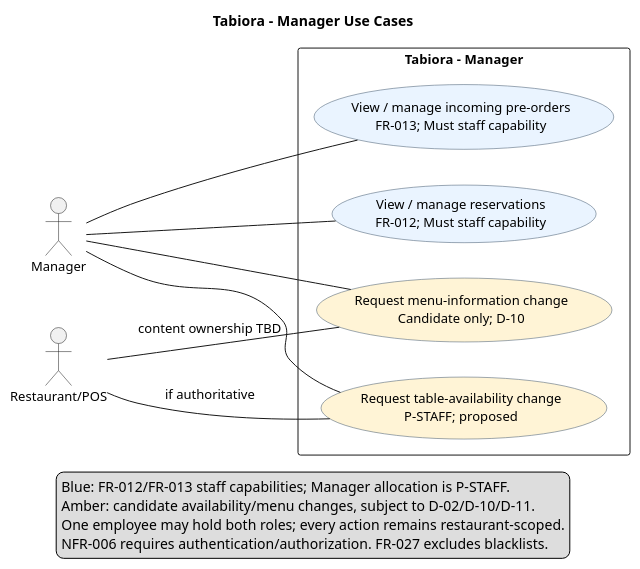
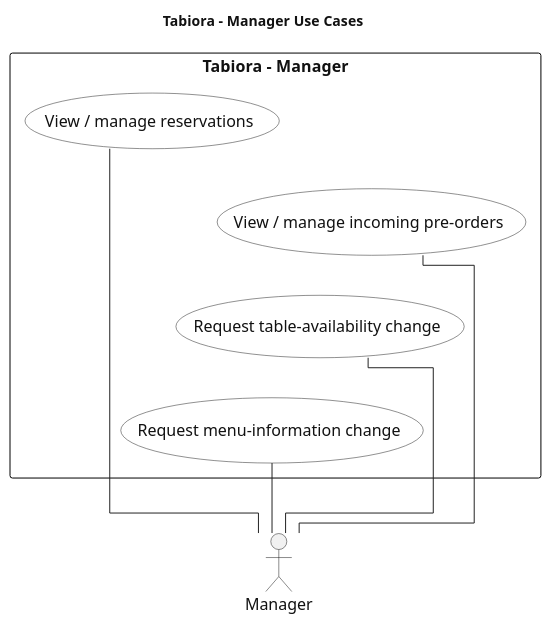
Before and after one commit to AlexToday111/Tabiora: the diagram in assets/diagrams/use-case-manager/use-case-manager.puml, drawn with PlantUML. The commit also changed 27 other files, not shown here.

Commit message:
Update UML diagrams for Labs 4, 6, 7 and 8

```diff
--- a/assets/diagrams/use-case-manager/use-case-manager.puml
+++ b/assets/diagrams/use-case-manager/use-case-manager.puml
@@ -1,33 +1,31 @@
 @startuml
+!pragma layout elk
 title Tabiora - Manager Use Cases
 skinparam shadowing false
 skinparam defaultFontName SansSerif
-skinparam defaultFontSize 13
+skinparam defaultFontSize 16
+skinparam defaultFontColor #111111
 skinparam classAttributeIconSize 0
 skinparam packageStyle rectangle
 hide empty members
-skinparam usecaseBackgroundColor #EAF4FF
-skinparam usecaseBorderColor #3D5368
+skinparam usecaseBackgroundColor #FFFFFF
+skinparam usecaseBorderColor #222222
+skinparam ArrowColor #222222
 
 left to right direction
 actor Manager
-actor "Restaurant/POS" as POS
 rectangle "Tabiora - Manager" {
- usecase "View / manage reservations\nFR-012; Must staff capability" as Reservations
- usecase "View / manage incoming pre-orders\nFR-013; Must staff capability" as Orders
- usecase "Request table-availability change\nP-STAFF; proposed" as Availability #FFF4D6
- usecase "Request menu-information change\nCandidate only; D-10" as Menu #FFF4D6
+ usecase "View / manage reservations" as Reservations
+ usecase "View / manage incoming pre-orders" as Orders
+ usecase "Request table-availability change" as Availability
+ usecase "Request menu-information change" as Menu
 }
-Manager -- Reservations
-Manager -- Orders
-Manager -- Availability
-Manager -- Menu
-POS -- Availability : if authoritative
-POS -- Menu : content ownership TBD
-legend bottom
-Blue: FR-012/FR-013 staff capabilities; Manager allocation is P-STAFF.
-Amber: candidate availability/menu changes, subject to D-02/D-10/D-11.
-One employee may hold both roles; every action remains restaurant-scoped.
-NFR-006 requires authentication/authorization. FR-027 excludes blacklists.
-endlegend
+Reservations -[hidden]down-> Orders
+Orders -[hidden]down-> Availability
+Availability -[hidden]down-> Menu
+
+Reservations -- Manager
+Orders -- Manager
+Availability -- Manager
+Menu -- Manager
 @enduml
```
